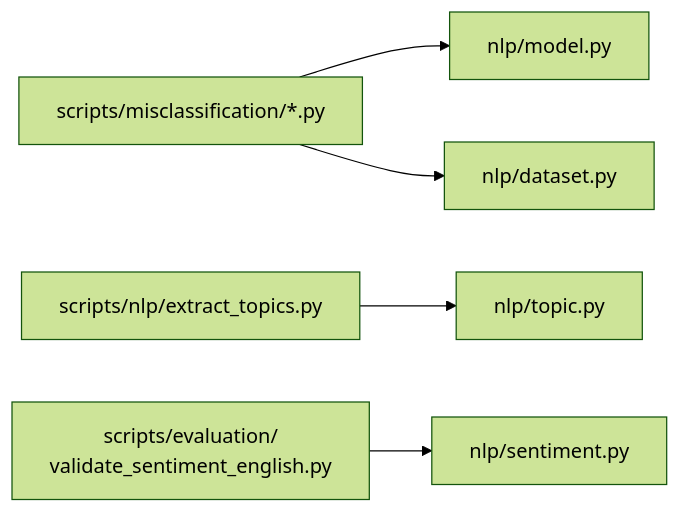
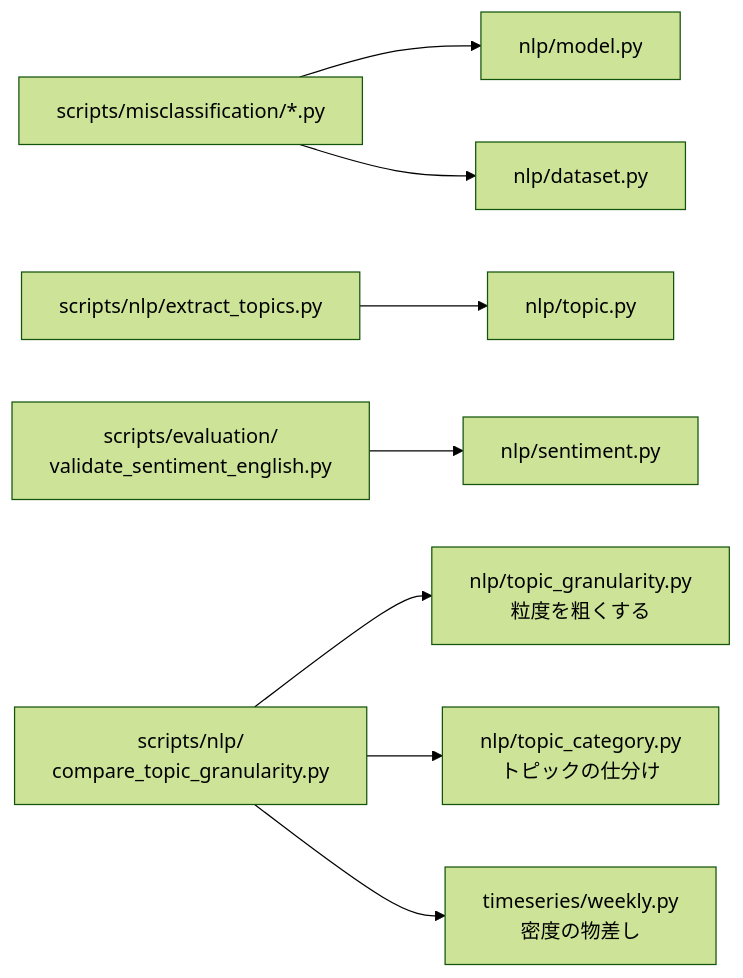
One commit to rindguitar/game-demand-forecast changed the third of 3 diagrams in src/README.md. Above: the diagram before and after it, drawn with Mermaid (forest theme). The commit also changed other lines of this file and 11 other files, not shown here.

````diff
--- a/src/README.md
+++ b/src/README.md
@@ -47,7 +47,10 @@
 ```mermaid
 flowchart LR
     AN["scripts/misclassification/*.py"] --> MD2["nlp/model.py"]
     AN --> DS2["nlp/dataset.py"]
     ET["scripts/nlp/extract_topics.py"] --> TP["nlp/topic.py"]
     VA2["scripts/evaluation/<br/>validate_sentiment_english.py"] --> SN["nlp/sentiment.py"]
+    CG["scripts/nlp/<br/>compare_topic_granularity.py"] --> TG["nlp/topic_granularity.py<br/>粒度を粗くする"]
+    CG --> TC2["nlp/topic_category.py<br/>トピックの仕分け"]
+    CG --> WK["timeseries/weekly.py<br/>密度の物差し"]
 ```
````
